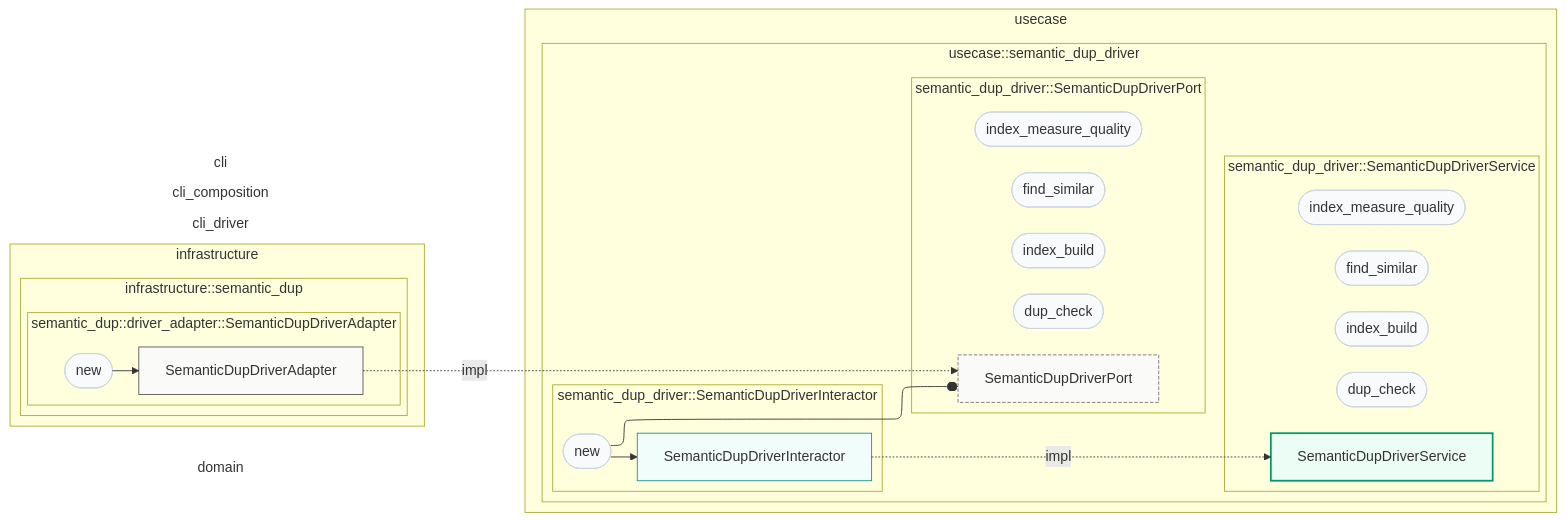
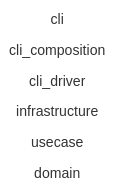
One commit to Flip451/SoTOHE-core changed the diagram in track/items/composition-root-pure-di-support-workflows-2026-07-26/contract-map.md. Above: the diagram before and after it, drawn with Mermaid. The commit also changed 19 other files, not shown here.

````diff
--- a/track/items/composition-root-pure-di-support-workflows-2026-07-26/contract-map.md
+++ b/track/items/composition-root-pure-di-support-workflows-2026-07-26/contract-map.md
@@ -37,41 +37,9 @@
 end
 subgraph usecase["usecase"]
   direction TB
-  subgraph usecase_usecase_module_semantic_dup_driver["usecase::semantic_dup_driver"]
-    direction TB
-  subgraph T43_usecase_usecase_SemanticDupDriverInteractor["semantic_dup_driver::SemanticDupDriverInteractor"]
-    direction TB
-    T43_usecase_usecase_SemanticDupDriverInteractor__self[SemanticDupDriverInteractor]
-    T43_usecase_usecase_SemanticDupDriverInteractor_new([new])
-  end
-  subgraph R37_usecase_usecase_SemanticDupDriverPort["semantic_dup_driver::SemanticDupDriverPort"]
-    direction TB
-    R37_usecase_usecase_SemanticDupDriverPort__self[SemanticDupDriverPort]
-    R37_usecase_usecase_SemanticDupDriverPort_find_similar([find_similar])
-    R37_usecase_usecase_SemanticDupDriverPort_index_build([index_build])
-    R37_usecase_usecase_SemanticDupDriverPort_index_measure_quality([index_measure_quality])
-    R37_usecase_usecase_SemanticDupDriverPort_dup_check([dup_check])
-  end
-  subgraph R40_usecase_usecase_SemanticDupDriverService["semantic_dup_driver::SemanticDupDriverService"]
-    direction TB
-    R40_usecase_usecase_SemanticDupDriverService__self[SemanticDupDriverService]
-    R40_usecase_usecase_SemanticDupDriverService_find_similar([find_similar])
-    R40_usecase_usecase_SemanticDupDriverService_index_build([index_build])
-    R40_usecase_usecase_SemanticDupDriverService_index_measure_quality([index_measure_quality])
-    R40_usecase_usecase_SemanticDupDriverService_dup_check([dup_check])
-  end
-  end
 end
 subgraph infrastructure["infrastructure"]
   direction TB
-  subgraph infrastructure_infrastructure_module_semantic_dup["infrastructure::semantic_dup"]
-    direction TB
-  subgraph T54_infrastructure_infrastructure_SemanticDupDriverAdapter["semantic_dup::driver_adapter::SemanticDupDriverAdapter"]
-    direction TB
-    T54_infrastructure_infrastructure_SemanticDupDriverAdapter__self[SemanticDupDriverAdapter]
-    T54_infrastructure_infrastructure_SemanticDupDriverAdapter_new([new])
-  end
-  end
 end
 subgraph cli_driver["cli_driver"]
   direction TB
@@ -82,23 +50,4 @@
 subgraph cli["cli"]
   direction TB
 end
-T43_usecase_usecase_SemanticDupDriverInteractor_new --o R37_usecase_usecase_SemanticDupDriverPort__self
-T43_usecase_usecase_SemanticDupDriverInteractor_new --> T43_usecase_usecase_SemanticDupDriverInteractor__self
-T43_usecase_usecase_SemanticDupDriverInteractor__self -.impl.-> R40_usecase_usecase_SemanticDupDriverService__self
-T54_infrastructure_infrastructure_SemanticDupDriverAdapter_new --> T54_infrastructure_infrastructure_SemanticDupDriverAdapter__self
-T54_infrastructure_infrastructure_SemanticDupDriverAdapter__self -.impl.-> R37_usecase_usecase_SemanticDupDriverPort__self
-class T43_usecase_usecase_SemanticDupDriverInteractor_new method_node
-class T43_usecase_usecase_SemanticDupDriverInteractor__self interactor
-class R37_usecase_usecase_SemanticDupDriverPort_find_similar method_node
-class R37_usecase_usecase_SemanticDupDriverPort_index_build method_node
-class R37_usecase_usecase_SemanticDupDriverPort_index_measure_quality method_node
-class R37_usecase_usecase_SemanticDupDriverPort_dup_check method_node
-class R37_usecase_usecase_SemanticDupDriverPort__self secondary_port
-class R40_usecase_usecase_SemanticDupDriverService_find_similar method_node
-class R40_usecase_usecase_SemanticDupDriverService_index_build method_node
-class R40_usecase_usecase_SemanticDupDriverService_index_measure_quality method_node
-class R40_usecase_usecase_SemanticDupDriverService_dup_check method_node
-class R40_usecase_usecase_SemanticDupDriverService__self app_service
-class T54_infrastructure_infrastructure_SemanticDupDriverAdapter_new method_node
-class T54_infrastructure_infrastructure_SemanticDupDriverAdapter__self secondary_adapter
 ```
````
